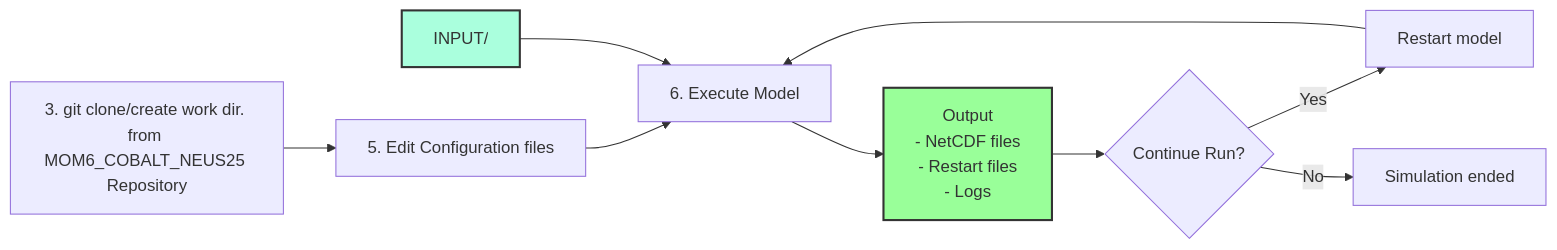
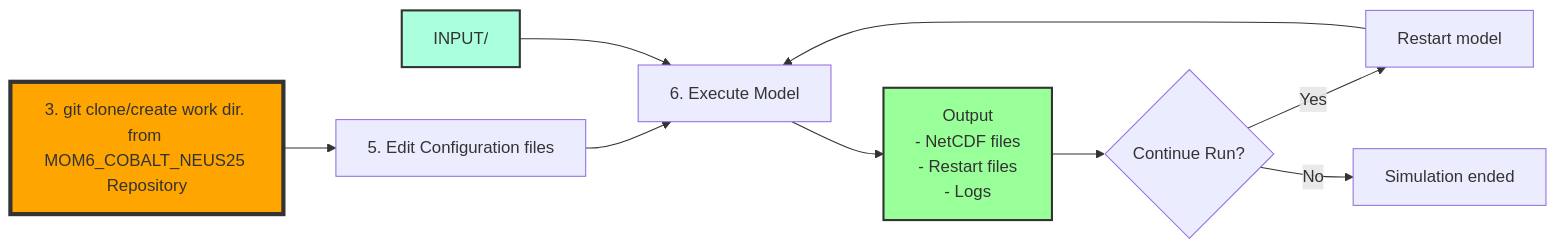
Before and after one commit to dksasaki/MOM6_COBALT_NEUS25: the second of 2 diagrams in README2.md, drawn with Mermaid. The commit also changed other lines of this file, not shown here.

````diff
--- a/README2.md
+++ b/README2.md
@@ -39,19 +39,20 @@
 ```mermaid
 flowchart LR
     D0[3. git clone/create work dir. from MOM6_COBALT_NEUS25 Repository] --> A
     A[5. Edit Configuration files] --> D
     
     B[INPUT/]
     
 
     B --> D[6. Execute Model]
     D --> E[Output<br/>- NetCDF files<br/>- Restart files<br/>- Logs]
     
     E --> F{Continue Run?}
     F -->|Yes| G[Restart model]
     G --> D
     F -->|No| H[Simulation ended]
     
+    style D0 fill:#ffa500,stroke:#333,stroke-width:4px
     style B fill:#afd,stroke:#333,stroke-width:2px
     style E fill:#9f9,stroke:#333,stroke-width:2px
 ```
````
